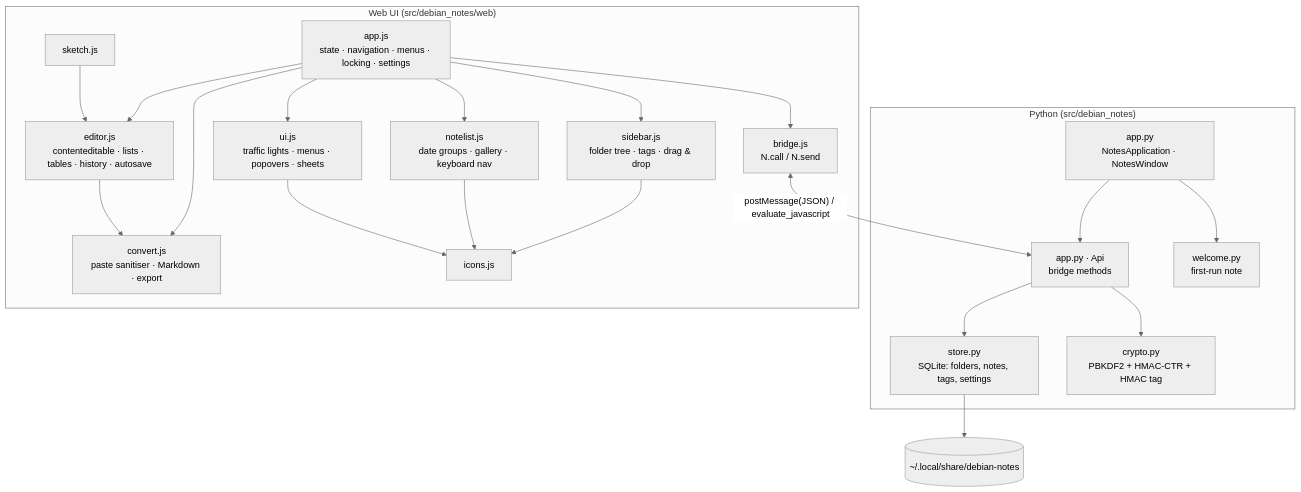
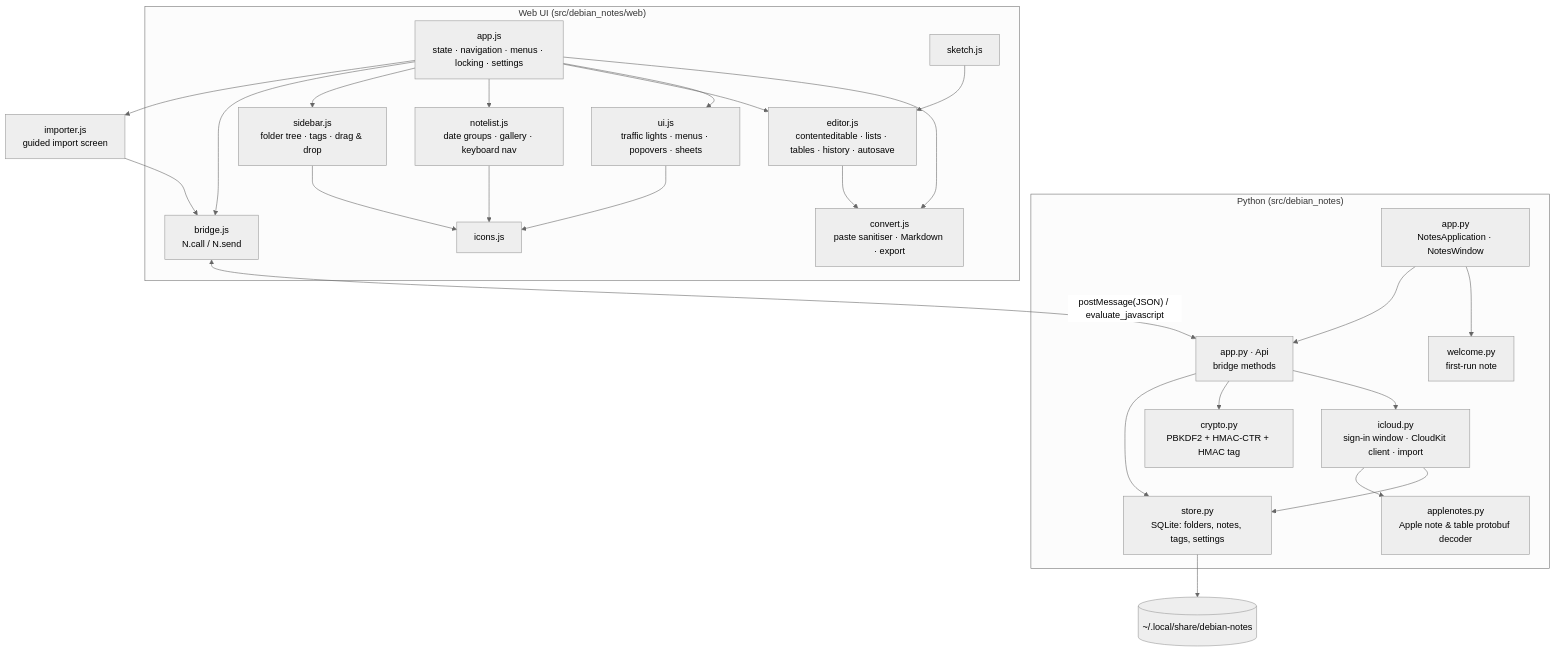
Before and after one commit to claeslander/debian-notes: the diagram in docs/ARCHITECTURE.md, drawn with Mermaid (neutral theme). The commit also changed other lines of this file and 11 other files, not shown here.

First line of the commit message:
Add guided import from iCloud

````diff
--- a/docs/ARCHITECTURE.md
+++ b/docs/ARCHITECTURE.md
@@ -9,33 +9,39 @@
 ```mermaid
 graph TD
   subgraph Python ["Python (src/debian_notes)"]
     APP[app.py<br/>NotesApplication · NotesWindow]
     API[app.py · Api<br/>bridge methods]
     STORE[store.py<br/>SQLite: folders, notes, tags, settings]
     CRYPTO[crypto.py<br/>PBKDF2 + HMAC-CTR + HMAC tag]
     WELCOME[welcome.py<br/>first-run note]
+    ICLOUD[icloud.py<br/>sign-in window · CloudKit client · import]
+    APNOTES[applenotes.py<br/>Apple note & table protobuf decoder]
   end
   subgraph Web ["Web UI (src/debian_notes/web)"]
     BRIDGE[bridge.js<br/>N.call / N.send]
     APPJS[app.js<br/>state · navigation · menus · locking · settings]
     SIDEBAR[sidebar.js<br/>folder tree · tags · drag & drop]
     LIST[notelist.js<br/>date groups · gallery · keyboard nav]
     EDITOR[editor.js<br/>contenteditable · lists · tables · history · autosave]
     UI[ui.js<br/>traffic lights · menus · popovers · sheets]
     CONVERT[convert.js<br/>paste sanitiser · Markdown · export]
     SKETCH[sketch.js]
     ICONS[icons.js]
   end
   DISK[(~/.local/share/debian-notes)]
 
   APP --> API
   API --> STORE --> DISK
   API --> CRYPTO
   APP --> WELCOME
+  API --> ICLOUD --> APNOTES
+  ICLOUD --> STORE
+  IMPORTER[importer.js<br/>guided import screen] --> BRIDGE
+  APPJS --> IMPORTER
   BRIDGE <-->|"postMessage(JSON) / evaluate_javascript"| API
   APPJS --> BRIDGE
   APPJS --> SIDEBAR & LIST & EDITOR & UI & CONVERT
   EDITOR --> CONVERT
   SKETCH --> EDITOR
   SIDEBAR & LIST & UI --> ICONS
 ```
````
